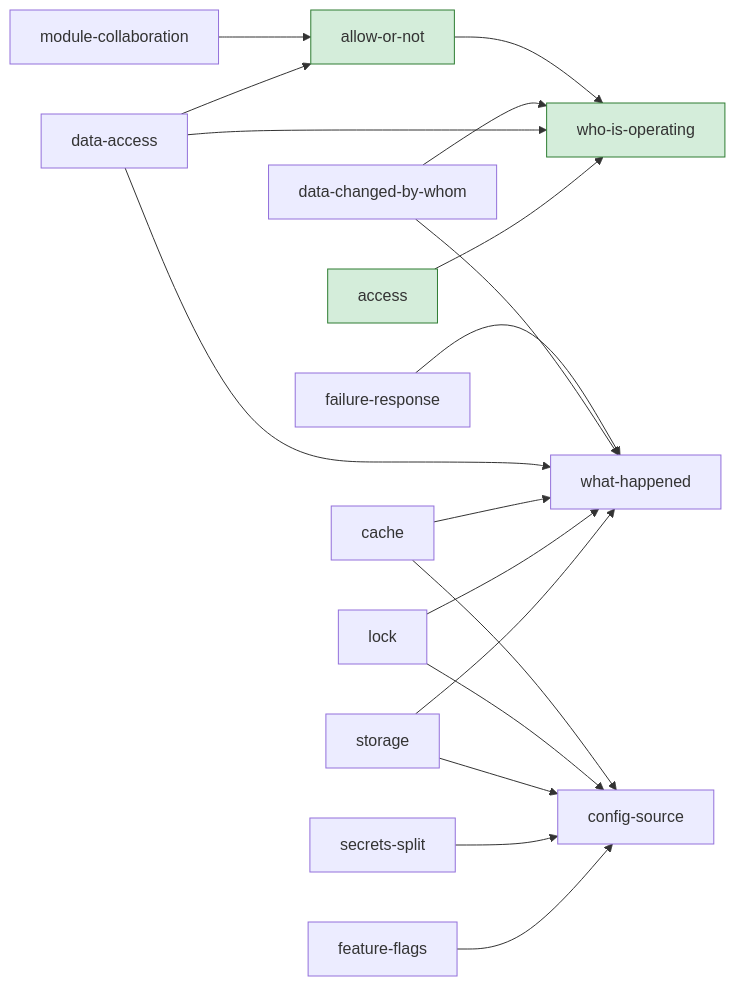
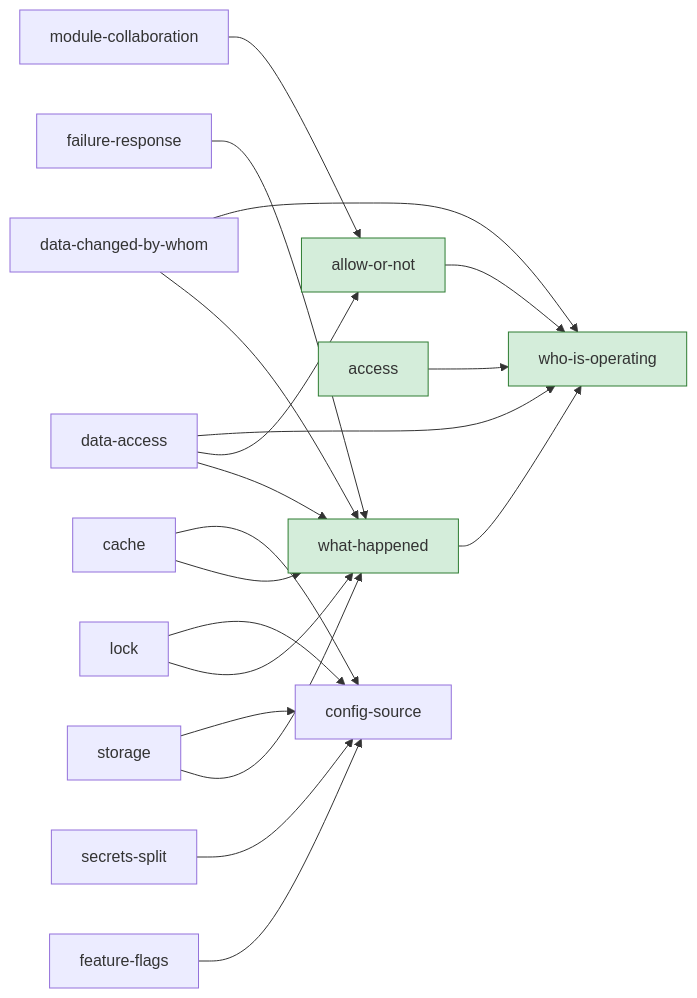
One commit to helloworldtang/leitu changed the second of 2 diagrams in docs/architecture/views.md. Above: the diagram before and after it, drawn with Mermaid. The commit also changed other lines of this file and 20 other files, not shown here.

Commit message:
feat(core): 观测——第四条五件套答案（ObservationEvent 强类型协议/日志级默认兜底/AI 用量；what-happened answered）

````diff
--- a/docs/architecture/views.md
+++ b/docs/architecture/views.md
@@ -51,24 +51,26 @@
 ```mermaid
 graph LR
   allow-or-not --> who-is-operating
+  what-happened --> who-is-operating
   failure-response --> what-happened
   data-changed-by-whom --> who-is-operating
   data-changed-by-whom --> what-happened
   module-collaboration --> allow-or-not
   data-access --> who-is-operating
   data-access --> allow-or-not
   data-access --> what-happened
   access --> who-is-operating
   cache --> config-source
   cache --> what-happened
   lock --> config-source
   lock --> what-happened
   storage --> config-source
   storage --> what-happened
   secrets-split --> config-source
   feature-flags --> config-source
   class who-is-operating answered
   class allow-or-not answered
+  class what-happened answered
   class access answered
   classDef answered fill:#d4edda,stroke:#2e7d32
 ```
````
